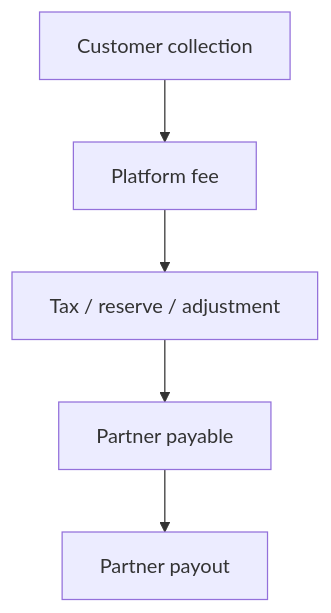
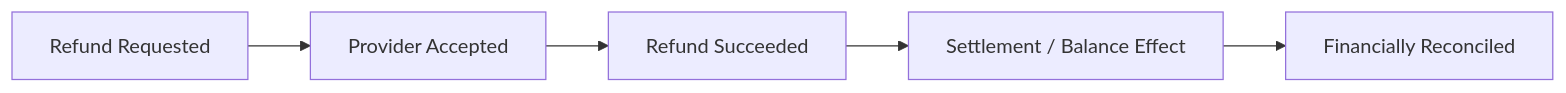
Before and after one commit to AvadhBhalodiya/Interview-Preparation: the fourth of 8 diagrams in src/content/payments/reconciliation.md, drawn with Mermaid. The commit also changed other lines of this file and 54 other files, not shown here.

````diff
--- a/src/content/payments/reconciliation.md
+++ b/src/content/payments/reconciliation.md
@@ -246,7 +189,7 @@
 ```mermaid
-flowchart TD
-    COLLECT[Customer collection] --> FEE[Platform fee]
-    FEE --> ADJ["Tax / reserve / adjustment"]
-    ADJ --> PAYABLE[Partner payable]
-    PAYABLE --> PAYOUT[Partner payout]
+flowchart LR
+    A[Refund Requested] --> B[Provider Accepted]
+    B --> C[Refund Succeeded]
+    C --> D[Settlement / Balance Effect]
+    D --> E[Financially Reconciled]
 ```
````
